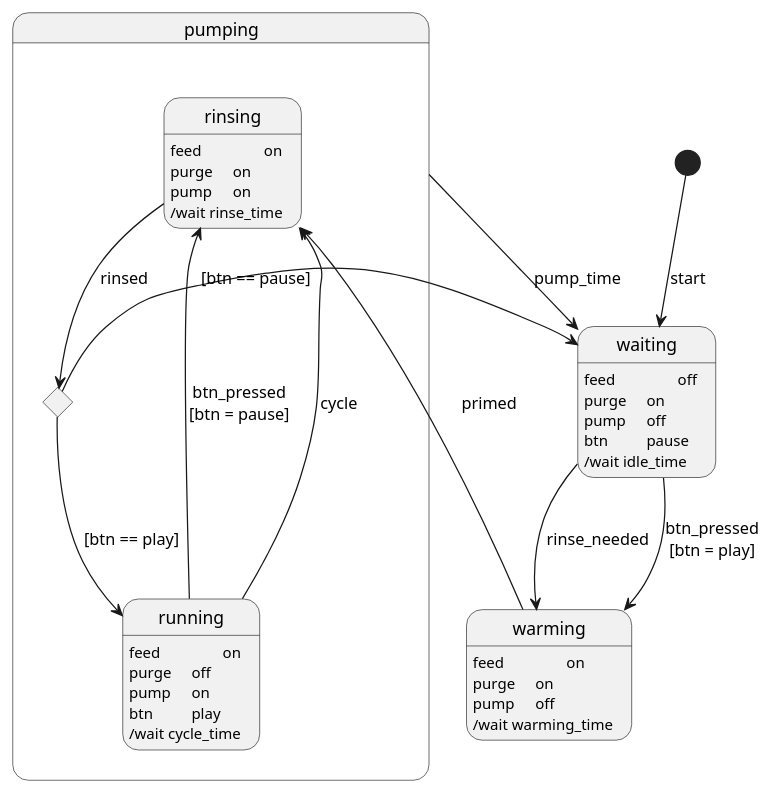
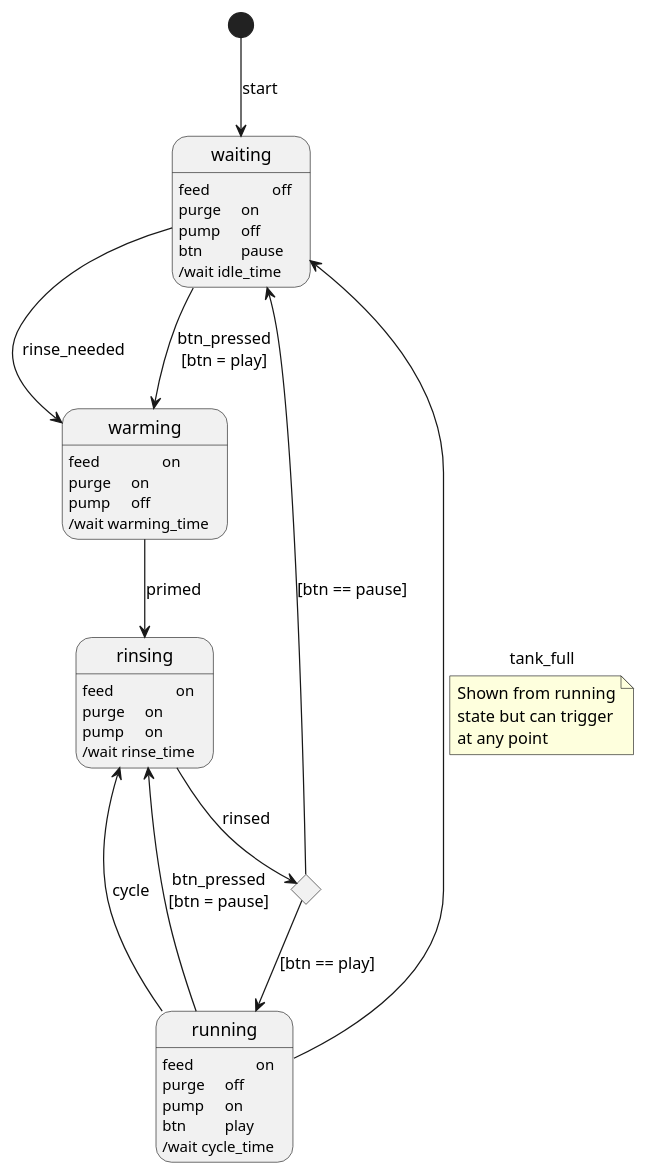
One commit to rlhatcher/aquarium changed the diagram in water/water_state.puml. Above: the diagram before and after it, drawn with PlantUML.

Commit message:
diagram reflects the current model

```diff
--- a/water/water_state.puml
+++ b/water/water_state.puml
@@ -1,48 +1,48 @@
 @startuml water_state
 hide empty description
 
 state waiting {
   waiting: feed\t\toff
   waiting: purge\ton
   waiting: pump\toff
   waiting: btn\t\tpause
   waiting: /wait idle_time
 }
 
 state warming {
   warming : feed\t\ton
   warming : purge\ton
   warming : pump\toff
   warming : /wait warming_time
 }
 
-state pumping {
-  state rinsing {
-    rinsing: feed\t\ton
-    rinsing: purge\ton
-    rinsing: pump\ton
-    rinsing: /wait rinse_time
-  }
-
-  state running {
-    running: feed\t\ton
-    running: purge\toff
-    running: pump\ton
-    running: btn\t\tplay
-    running: /wait cycle_time
-  }
-  state stopstart <<choice>>
+state rinsing {
+  rinsing: feed\t\ton
+  rinsing: purge\ton
+  rinsing: pump\ton
+  rinsing: /wait rinse_time
 }
 
+state running {
+  running: feed\t\ton
+  running: purge\toff
+  running: pump\ton
+  running: btn\t\tplay
+  running: /wait cycle_time
+}
+state stopstart <<choice>>
+
 [*] --> waiting : start
+
 waiting --> warming : rinse_needed
 waiting --> warming : btn_pressed\n[btn = play]
 warming --> rinsing: primed
 rinsing --> stopstart: rinsed
 stopstart --> running : [btn == play]
 running --> rinsing: btn_pressed\n[btn = pause]
 stopstart--> waiting : [btn == pause]
 running --> rinsing: cycle
-pumping --> waiting : pump_time
+running --> waiting: tank_full
+note on link : Shown from running\nstate but can trigger\nat any point
 
 @enduml
```
